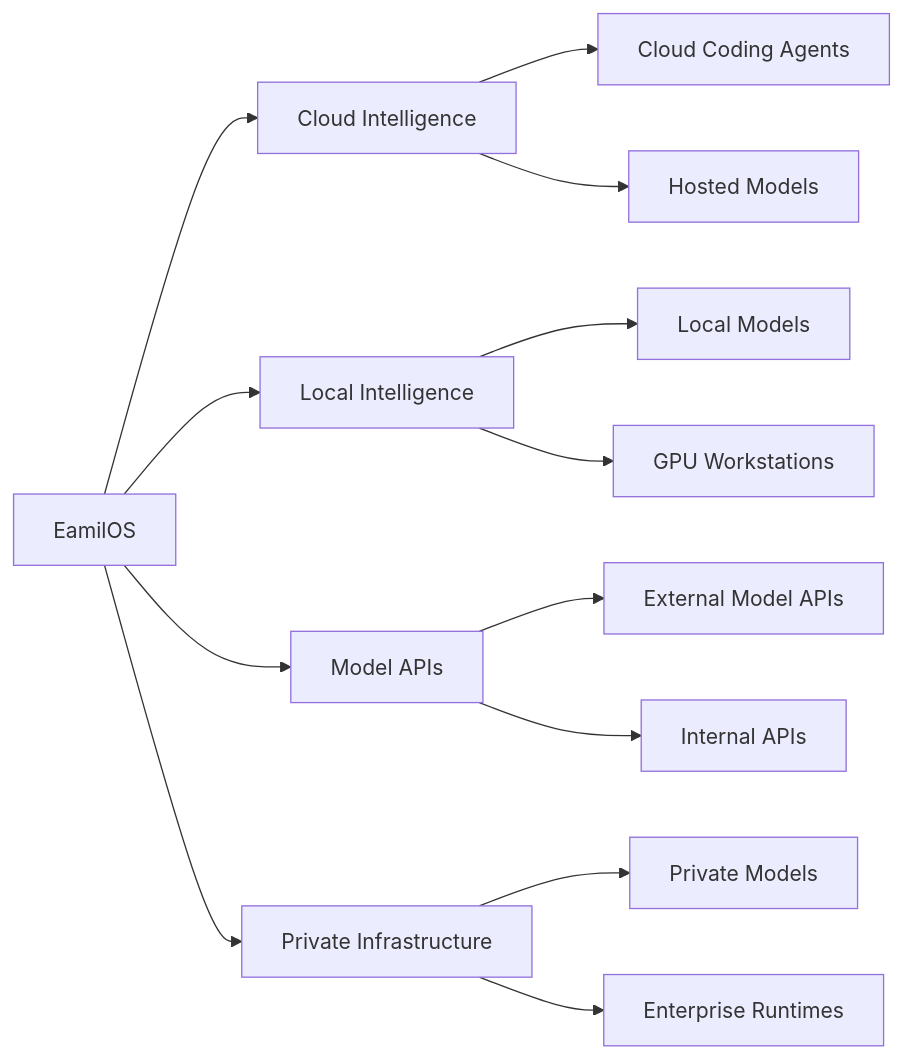
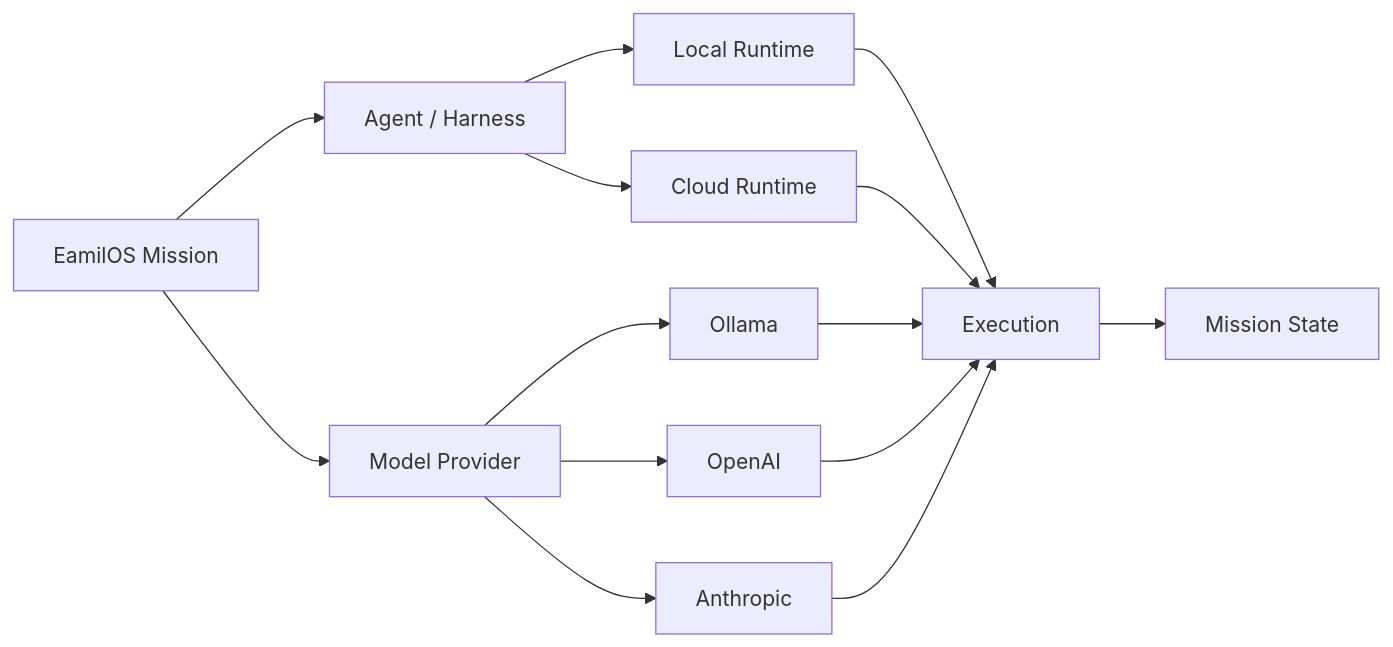
One commit to RayAKaan/EamilOS changed the third of 6 diagrams in README.md. Above: the diagram before and after it, drawn with Mermaid. The commit also changed other lines of this file, not shown here.

Commit message:
docs: rebuild README around unified coding harness

````diff
--- a/README.md
+++ b/README.md
@@ -316,22 +150,22 @@
 ```mermaid
 flowchart LR
+    M["EamilOS Mission"]
 
-    E["EamilOS"]
+    M --> H["Agent / Harness"]
+    M --> P["Model Provider"]
 
-    E --> CLOUD["Cloud Intelligence"]
-    E --> LOCAL["Local Intelligence"]
-    E --> API["Model APIs"]
-    E --> PRIVATE["Private Infrastructure"]
+    H --> LOCAL["Local Runtime"]
+    H --> CLOUD["Cloud Runtime"]
 
-    CLOUD --> C1["Cloud Coding Agents"]
-    CLOUD --> C2["Hosted Models"]
+    P --> OLLAMA["Ollama"]
+    P --> OPENAI["OpenAI"]
+    P --> ANTHROPIC["Anthropic"]
 
-    LOCAL --> L1["Local Models"]
-    LOCAL --> L2["GPU Workstations"]
+    LOCAL --> WORK["Execution"]
+    CLOUD --> WORK
+    OLLAMA --> WORK
+    OPENAI --> WORK
+    ANTHROPIC --> WORK
 
-    API --> A1["External Model APIs"]
-    API --> A2["Internal APIs"]
-
-    PRIVATE --> P1["Private Models"]
-    PRIVATE --> P2["Enterprise Runtimes"]
+    WORK --> STATE["Mission State"]
 ```
````
